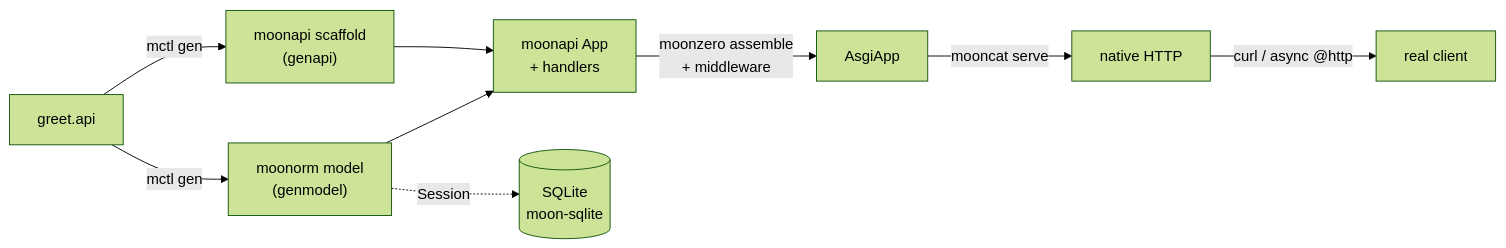
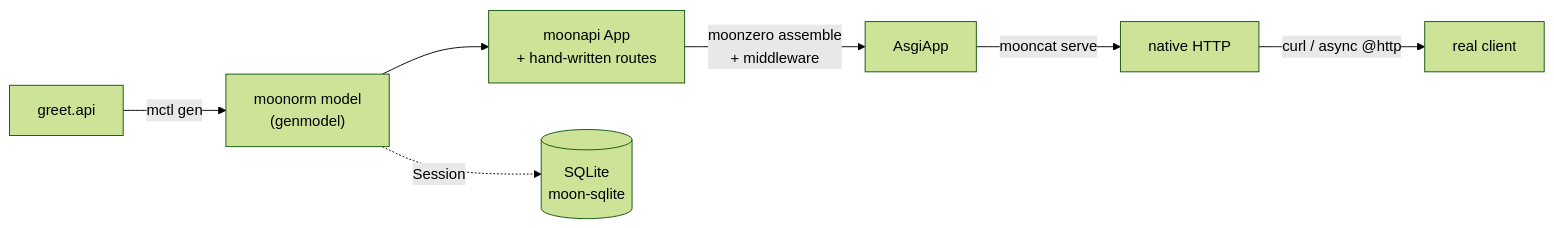
The diagram in README.md (moonbitstack/moonhelo), drawn with Mermaid (forest theme) before and after one commit. The commit also changed other lines of this file and 5 other files, not shown here.

First line of the commit message:
fix(greet): generate only the moonorm model; hand-write the routes.

````diff
--- a/README.md
+++ b/README.md
@@ -17,11 +17,9 @@
 ```mermaid
 flowchart LR
-  api["greet.api"] -->|mctl gen| scaffold["moonapi scaffold<br/>(genapi)"]
-  api -->|mctl gen| model["moonorm model<br/>(genmodel)"]
-  scaffold --> app["moonapi App<br/>+ handlers"]
-  model --> app
+  api["greet.api"] -->|mctl gen| model["moonorm model<br/>(genmodel)"]
+  model --> app["moonapi App<br/>+ hand-written routes"]
   app -->|moonzero assemble<br/>+ middleware| asgi["AsgiApp"]
   asgi -->|mooncat serve| http["native HTTP"]
   http -->|curl / async @http| client["real client"]
   model -.->|Session| sqlite[("SQLite<br/>moon-sqlite")]
 ```
````
